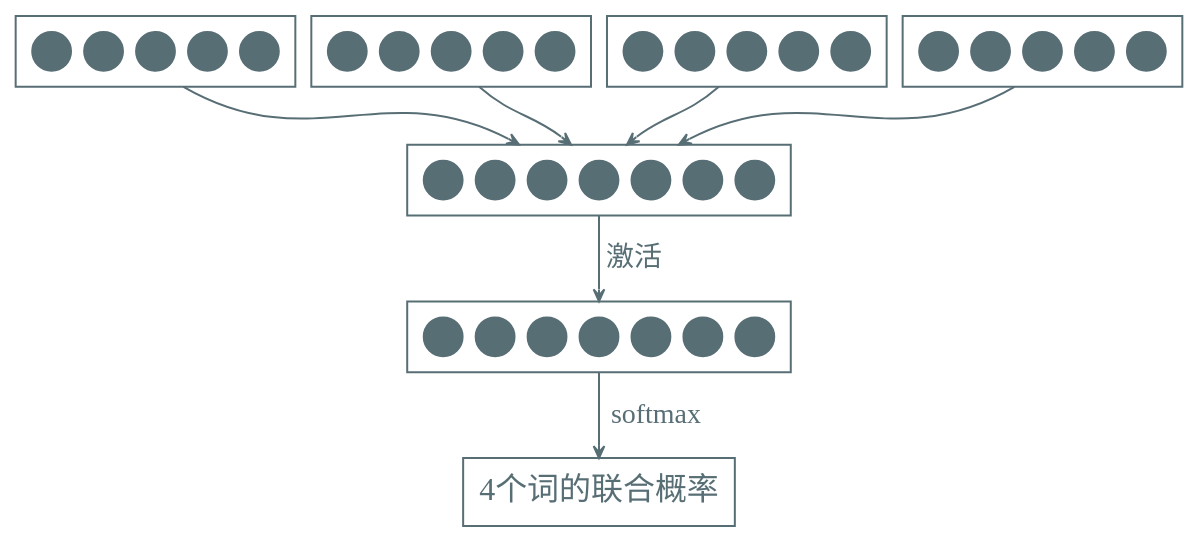
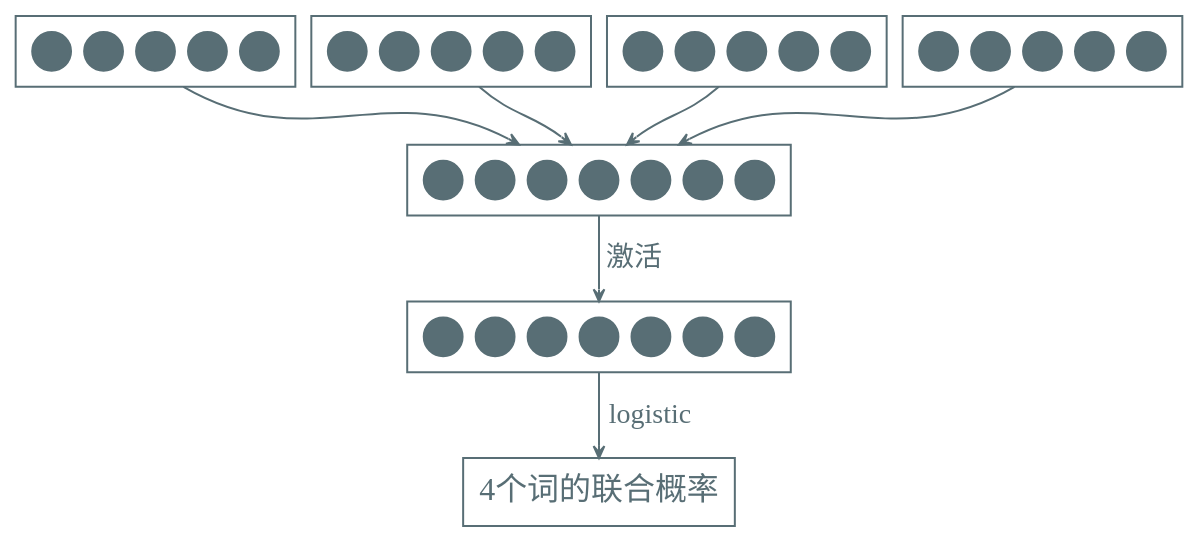
The diagram in dot/nn4langmodel.dot (Avanti1980/course-gnn), drawn with Graphviz before and after one commit. The commit also changed 12 other files, not shown here.

```diff
--- a/dot/nn4langmodel.dot
+++ b/dot/nn4langmodel.dot
@@ -1,52 +1,52 @@
 digraph g {
     compound=true;
     graph [nodesep=0.1 ranksep=0.6]
     bgcolor=transparent
     node [margin=0 shape=point height=0.27 color="#586e75" fontsize=20 label=""]
     edge [color="#586e75" fontcolor="#586e75" fontsize=14 fontname="EBG,fzlz" arrowhead=vee arrowsize=0.6]
 
     subgraph clusterW1 {
         color="#586e75"
         rank=same {w11, w12, w13, w14, w15}
     }
 
     subgraph clusterW2 {
         color="#586e75"
         rank=same {w21, w22, w23, w24, w25}
     }
 
     subgraph clusterW3 {
         color="#586e75"
         rank=same {w31, w32, w33, w34, w35}
     }
 
     subgraph clusterW4 {
         color="#586e75"
         rank=same {w41, w42, w43, w44, w45}
     }
 
     subgraph clusterZ {
         color="#586e75"
         rank=same {z1, z2, z3, z4, z5, z6, z7}
     }
 
     subgraph clusterA {
         color="#586e75"
         rank=same {a1, a2, a3, a4, a5, a6, a7}
     }
 
     w13 -> z3 [ltail=clusterW1, lhead=clusterZ]
     w23 -> z4 [ltail=clusterW2, lhead=clusterZ]
     w33 -> z4 [ltail=clusterW3, lhead=clusterZ]
     w43 -> z5 [ltail=clusterW4, lhead=clusterZ]
 
     z4 -> a4 [label=" 激活 ", ltail=clusterZ, lhead=clusterA]
 
     subgraph clusterP {
         node [margin=0 shape=plain fontname="EBG,fzlz" fontcolor="#586e75" fontsize=16]
         color="#586e75"
         o [label="4个词的联合概率"]
     }
 
-    a4 -> o [label=" softmax", ltail=clusterA, lhead=clusterP]
+    a4 -> o [label=" logistic", ltail=clusterA, lhead=clusterP]
 }
```
